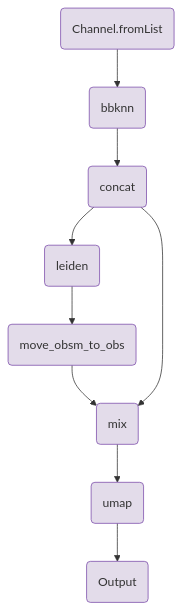
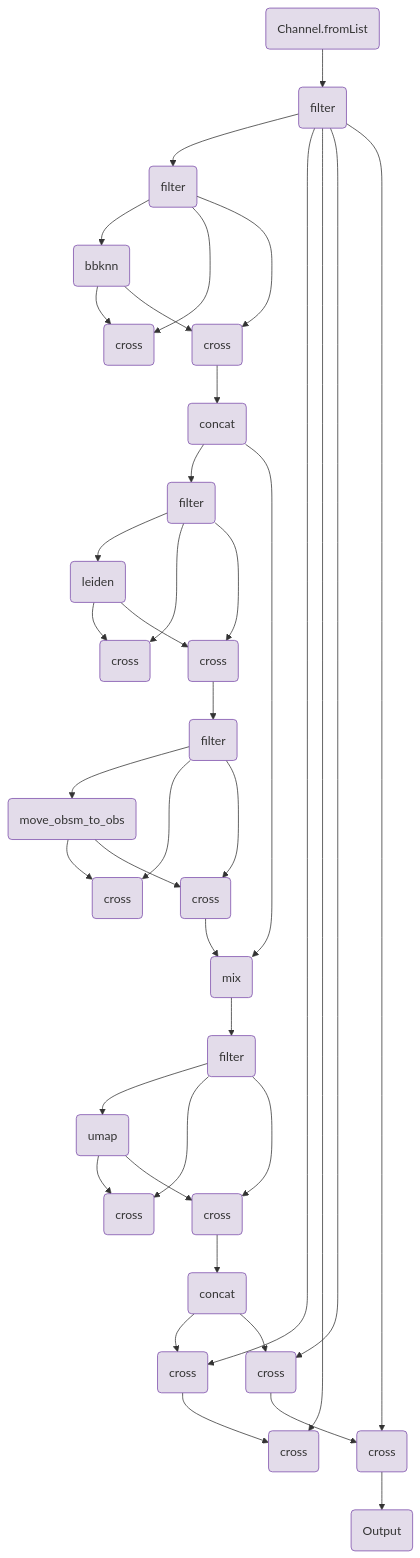
Before and after one commit to openpipelines-bio/website: the diagram in components/workflows/integration/bbknn_leiden.qmd, drawn with Mermaid. The commit also changed other lines of this file and 149 other files, not shown here.

````diff
--- a/components/workflows/integration/bbknn_leiden.qmd
+++ b/components/workflows/integration/bbknn_leiden.qmd
@@ -143,28 +145,94 @@
 ```{mermaid}
 flowchart TB
     v0(Channel.fromList)
-    v29(concat)
+    v2(filter)
+    v10(filter)
+    v40(concat)
     v18(bbknn)
-    v39(leiden)
-    v59(move_obsm_to_obs)
-    v72(mix)
-    v81(umap)
-    v108(Output)
-    v0-->v18
-    v18-->v29
-    v29-->v39
-    v39-->v59
-    v59-->v72
-    v29-->v72
-    v72-->v81
-    v81-->v108
+    v25(cross)
+    v35(cross)
+    v42(filter)
+    v50(leiden)
+    v57(cross)
+    v67(cross)
+    v73(filter)
+    v81(move_obsm_to_obs)
+    v88(cross)
+    v98(cross)
+    v105(mix)
+    v106(filter)
+    v136(concat)
+    v114(umap)
+    v121(cross)
+    v131(cross)
+    v143(cross)
+    v150(cross)
+    v162(cross)
+    v169(cross)
+    v173(Output)
+    v105-->v106
+    v0-->v2
+    v2-->v10
+    v10-->v18
+    v18-->v25
+    v10-->v25
+    v10-->v35
+    v35-->v40
+    v42-->v50
+    v50-->v57
+    v42-->v57
+    v42-->v67
+    v73-->v81
+    v81-->v88
+    v73-->v88
+    v73-->v98
+    v106-->v114
+    v114-->v121
+    v106-->v121
+    v106-->v131
+    v131-->v136
+    v136-->v143
+    v2-->v143
+    v143-->v150
+    v2-->v150
+    v2-->v162
+    v162-->v169
+    v2-->v169
+    v169-->v173
+    v18-->v35
+    v40-->v42
+    v67-->v73
+    v50-->v67
+    v98-->v105
+    v81-->v98
+    v40-->v105
+    v114-->v131
+    v136-->v162
     style v0 fill:#e3dcea,stroke:#7a4baa;
-    style v29 fill:#e3dcea,stroke:#7a4baa;
+    style v2 fill:#e3dcea,stroke:#7a4baa;
+    style v10 fill:#e3dcea,stroke:#7a4baa;
+    style v40 fill:#e3dcea,stroke:#7a4baa;
     style v18 fill:#e3dcea,stroke:#7a4baa;
-    style v39 fill:#e3dcea,stroke:#7a4baa;
-    style v59 fill:#e3dcea,stroke:#7a4baa;
-    style v72 fill:#e3dcea,stroke:#7a4baa;
+    style v25 fill:#e3dcea,stroke:#7a4baa;
+    style v35 fill:#e3dcea,stroke:#7a4baa;
+    style v42 fill:#e3dcea,stroke:#7a4baa;
+    style v50 fill:#e3dcea,stroke:#7a4baa;
+    style v57 fill:#e3dcea,stroke:#7a4baa;
+    style v67 fill:#e3dcea,stroke:#7a4baa;
+    style v73 fill:#e3dcea,stroke:#7a4baa;
     style v81 fill:#e3dcea,stroke:#7a4baa;
-    style v108 fill:#e3dcea,stroke:#7a4baa;
+    style v88 fill:#e3dcea,stroke:#7a4baa;
+    style v98 fill:#e3dcea,stroke:#7a4baa;
+    style v105 fill:#e3dcea,stroke:#7a4baa;
+    style v106 fill:#e3dcea,stroke:#7a4baa;
+    style v136 fill:#e3dcea,stroke:#7a4baa;
+    style v114 fill:#e3dcea,stroke:#7a4baa;
+    style v121 fill:#e3dcea,stroke:#7a4baa;
+    style v131 fill:#e3dcea,stroke:#7a4baa;
+    style v143 fill:#e3dcea,stroke:#7a4baa;
+    style v150 fill:#e3dcea,stroke:#7a4baa;
+    style v162 fill:#e3dcea,stroke:#7a4baa;
+    style v169 fill:#e3dcea,stroke:#7a4baa;
+    style v173 fill:#e3dcea,stroke:#7a4baa;
 
 ```
````
